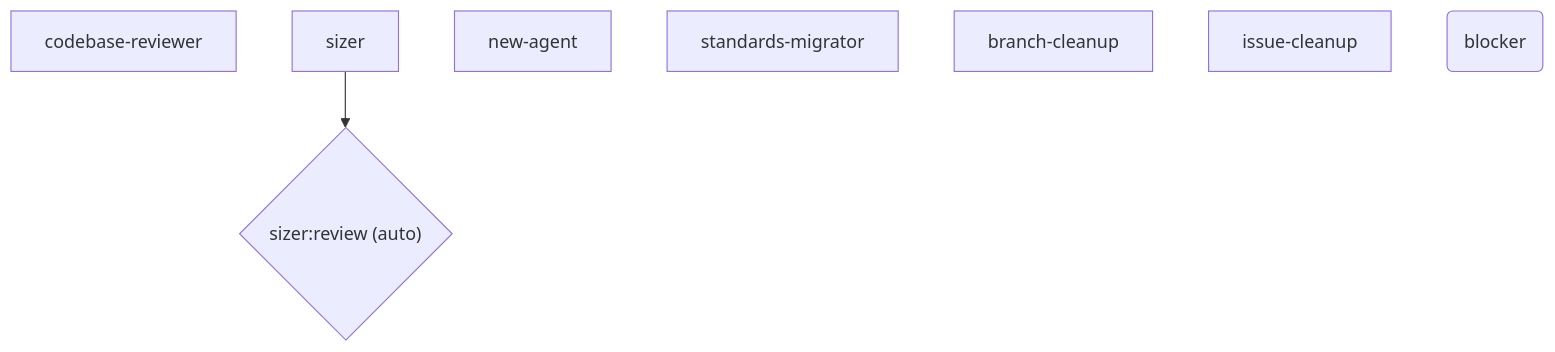
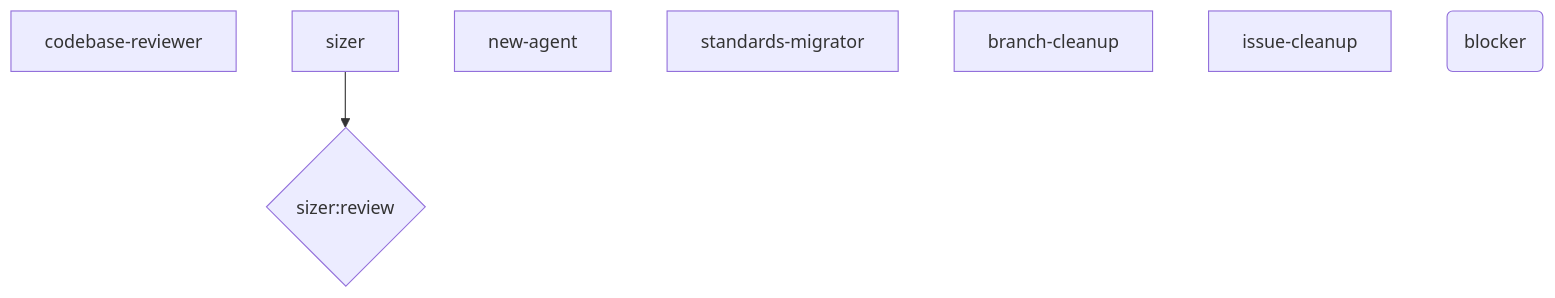
The diagram in docs/product/orchestrator/generated/phases/00_ondemand.mmd (M-A-Operating-System/ai-coding-standards2), drawn with Mermaid before and after one commit. The commit also changed 3 other files, not shown here.

Commit message:
chore: regenerate pipeline diagrams

```diff
--- a/docs/product/orchestrator/generated/phases/00_ondemand.mmd
+++ b/docs/product/orchestrator/generated/phases/00_ondemand.mmd
@@ -1,10 +1,10 @@
 flowchart TD
     n_00_ondemand__codebase_reviewer["codebase-reviewer"]
     n_00_ondemand__sizer["sizer"]
     n_00_ondemand__new_agent["new-agent"]
     n_00_ondemand__standards_migrator["standards-migrator"]
     n_00_ondemand__branch_cleanup["branch-cleanup"]
     n_00_ondemand__issue_cleanup["issue-cleanup"]
     n_00_ondemand__blocker("blocker")
-    gate__n_00_ondemand__sizer{"sizer:review (auto)"}
+    gate__n_00_ondemand__sizer{"sizer:review"}
     n_00_ondemand__sizer --> gate__n_00_ondemand__sizer
```
